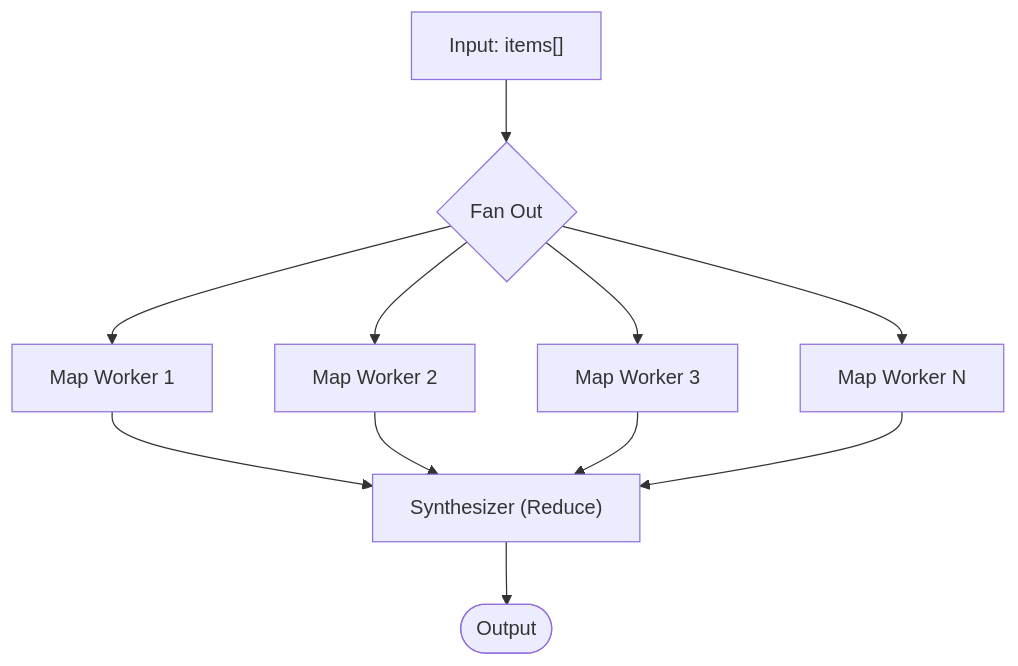
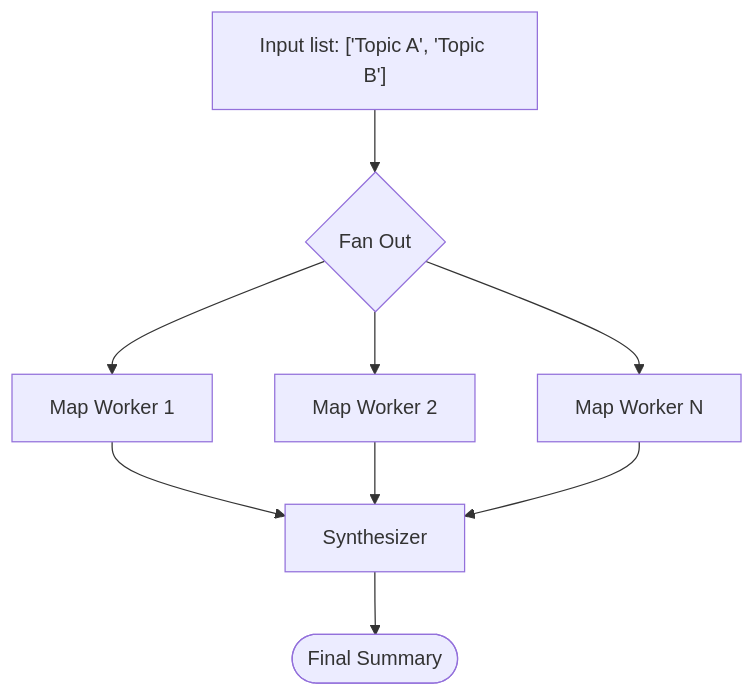
Before and after one commit to wmcmahan/mc-ai: the diagram in apps/docs/src/content/docs/patterns/map-reduce.md, drawn with Mermaid. The commit also changed other lines of this file and 38 other files, not shown here.

````diff
--- a/apps/docs/src/content/docs/patterns/map-reduce.md
+++ b/apps/docs/src/content/docs/patterns/map-reduce.md
@@ -12,16 +12,14 @@
 ```mermaid
 flowchart TB
-    Input["Input: items[]"] --> Split{Fan Out}
+    Input["Input list: ['Topic A', 'Topic B']"] --> Split{Fan Out}
 
     Split --> W1["Map Worker 1"]
     Split --> W2["Map Worker 2"]
-    Split --> W3["Map Worker 3"]
     Split --> WN["Map Worker N"]
 
     W1 --> Reduce
     W2 --> Reduce
-    W3 --> Reduce
     WN --> Reduce
 
-    Reduce["Synthesizer (Reduce)"] --> Output(["Output"])
+    Reduce["Synthesizer"] --> Output(["Final Summary"])
 ```
````
